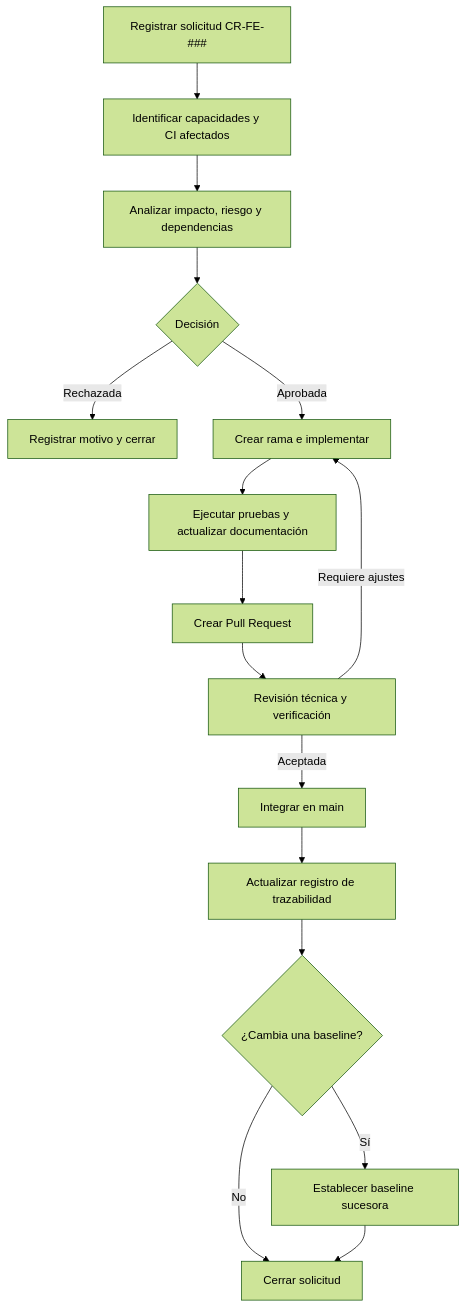
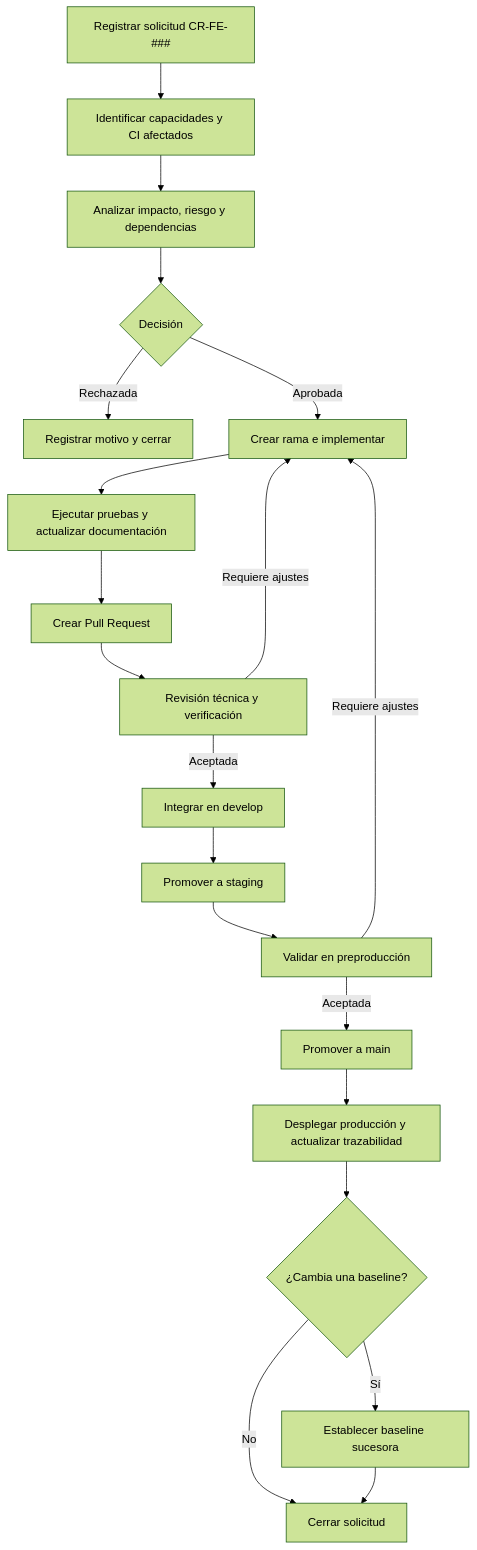
One commit to sergioing1000/dgsites changed the diagram in docs/gestion-configuracion/README.md. Above: the diagram before and after it, drawn with Mermaid (forest theme). The commit also changed other lines of this file and 13 other files, not shown here.

Commit message:
ci: configurar promoción entre develop staging y main

````diff
--- a/docs/gestion-configuracion/README.md
+++ b/docs/gestion-configuracion/README.md
@@ -25,18 +25,22 @@
 ```mermaid
 flowchart TD
     A["Registrar solicitud CR-FE-###"] --> B["Identificar capacidades y CI afectados"]
     B --> C["Analizar impacto, riesgo y dependencias"]
     C --> D{"Decisión"}
     D -->|Rechazada| E["Registrar motivo y cerrar"]
     D -->|Aprobada| F["Crear rama e implementar"]
     F --> G["Ejecutar pruebas y actualizar documentación"]
     G --> H["Crear Pull Request"]
     H --> I["Revisión técnica y verificación"]
     I -->|Requiere ajustes| F
-    I -->|Aceptada| J["Integrar en main"]
-    J --> K["Actualizar registro de trazabilidad"]
-    K --> L{"¿Cambia una baseline?"}
-    L -->|No| M["Cerrar solicitud"]
-    L -->|Sí| N["Establecer baseline sucesora"]
-    N --> M
+    I -->|Aceptada| J["Integrar en develop"]
+    J --> K["Promover a staging"]
+    K --> L["Validar en preproducción"]
+    L -->|Requiere ajustes| F
+    L -->|Aceptada| M["Promover a main"]
+    M --> N["Desplegar producción y actualizar trazabilidad"]
+    N --> O{"¿Cambia una baseline?"}
+    O -->|No| P["Cerrar solicitud"]
+    O -->|Sí| Q["Establecer baseline sucesora"]
+    Q --> P
 ```
````
